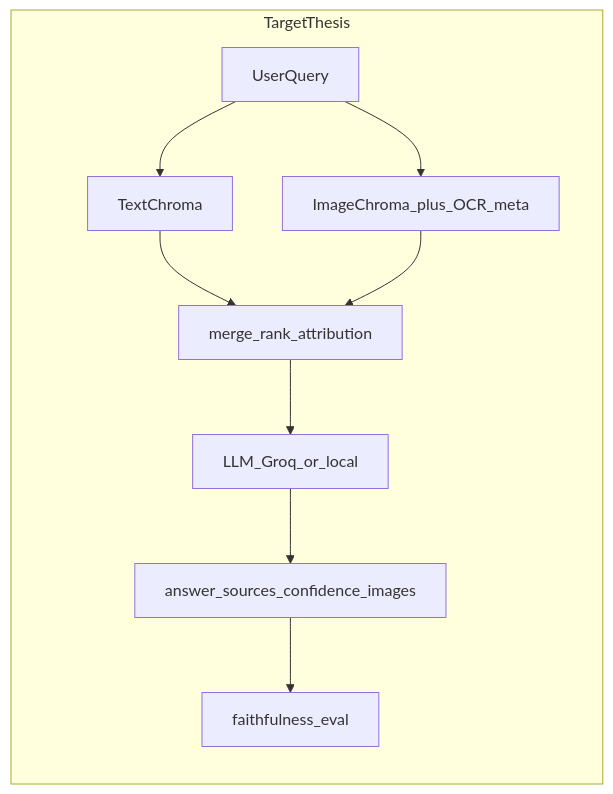
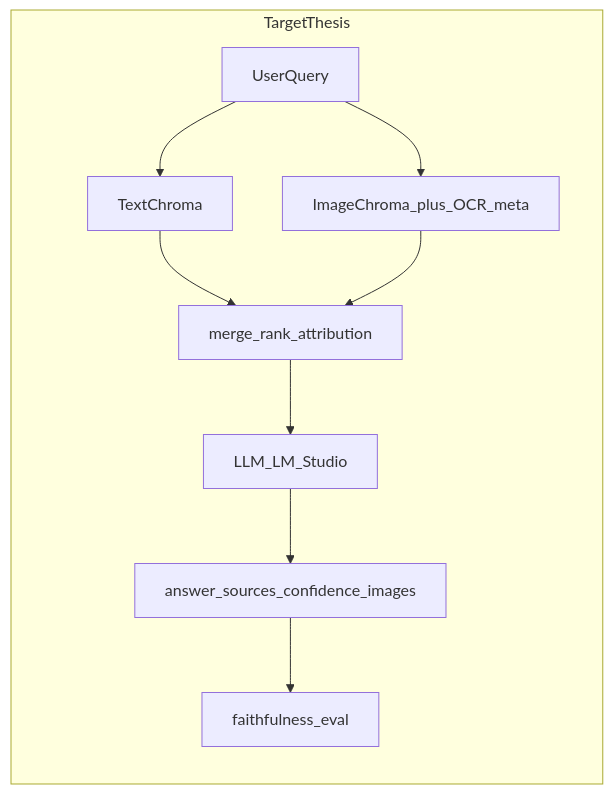
The second of 2 diagrams in THESIS_ROADMAP_AND_TESTING.md (AdarshRajDS/ThesisBackend), drawn with Mermaid before and after one commit. The commit also changed other lines of this file and 19 other files, not shown here.

````diff
--- a/THESIS_ROADMAP_AND_TESTING.md
+++ b/THESIS_ROADMAP_AND_TESTING.md
@@ -64,18 +64,18 @@
 ```mermaid
 flowchart LR
   subgraph target [TargetThesis]
     Q2[UserQuery]
     TChroma[TextChroma]
     MChroma2[ImageChroma_plus_OCR_meta]
     Fuse[merge_rank_attribution]
-    LLM2[LLM_Groq_or_local]
+    LLM2[LLM_LM_Studio]
     Eval[faithfulness_eval]
     Q2 --> TChroma
     Q2 --> MChroma2
     TChroma --> Fuse
     MChroma2 --> Fuse
     Fuse --> LLM2
     LLM2 --> R[answer_sources_confidence_images]
     R --> Eval
   end
 ```
````
